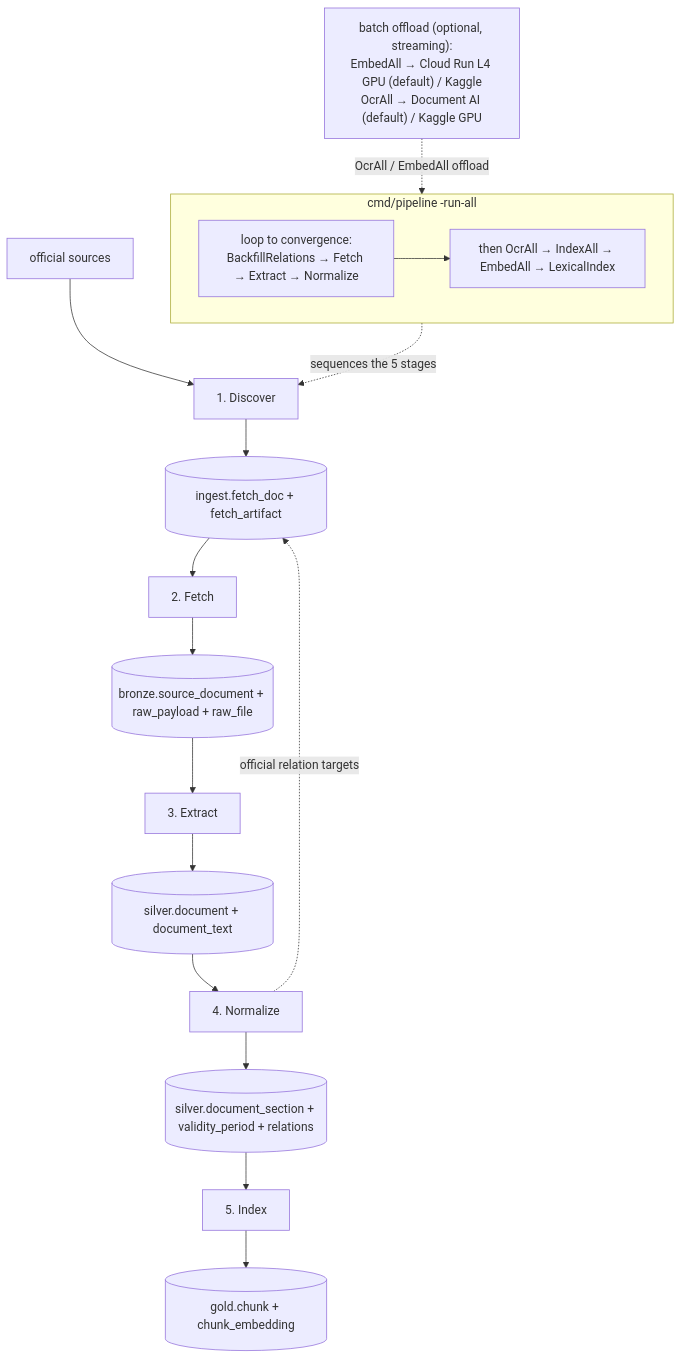
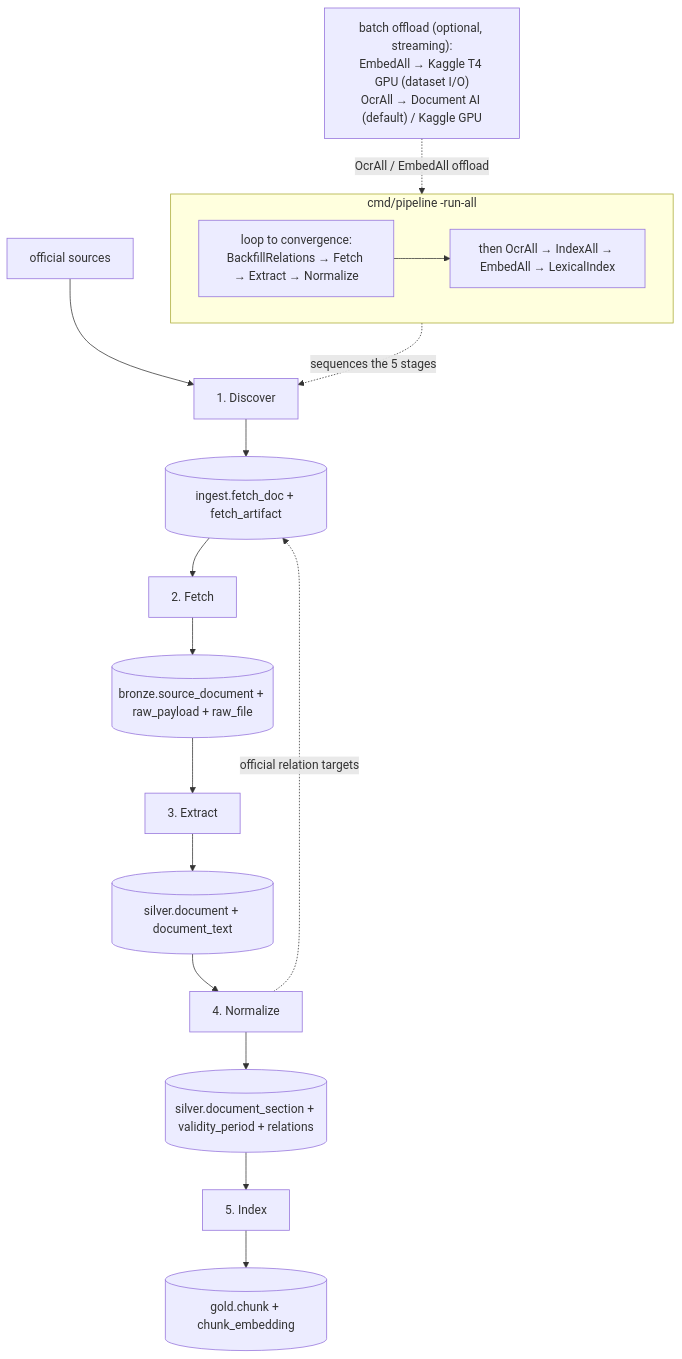
One commit to dannyota/banhmi changed the first of 2 diagrams in docs/design/PIPELINE.md. Above: the diagram before and after it, drawn with Mermaid. The commit also changed other lines of this file and 7 other files, not shown here.

````diff
--- a/docs/design/PIPELINE.md
+++ b/docs/design/PIPELINE.md
@@ -41,23 +41,23 @@
 ```mermaid
 flowchart TB
   SRC["official sources"] --> DISCOVER["1. Discover"]
   DISCOVER --> LEDGER[("ingest.fetch_doc + fetch_artifact")]
   LEDGER --> FETCH["2. Fetch"]
   FETCH --> BRONZE[("bronze.source_document + raw_payload + raw_file")]
   BRONZE --> EXTRACT["3. Extract"]
   EXTRACT --> TEXT[("silver.document + document_text")]
   TEXT --> NORMALIZE["4. Normalize"]
   NORMALIZE --> SECTIONS[("silver.document_section + validity_period + relations")]
   NORMALIZE -. "official relation targets" .-> LEDGER
   SECTIONS --> INDEX["5. Index"]
   INDEX --> GOLD[("gold.chunk + chunk_embedding")]
 
   subgraph RUNALL["cmd/pipeline -run-all"]
     direction LR
     LOOP["loop to convergence:<br/>BackfillRelations → Fetch → Extract → Normalize"]
     TAIL["then OcrAll → IndexAll → EmbedAll → LexicalIndex"]
     LOOP --> TAIL
   end
   RUNALL -. "sequences the 5 stages" .-> DISCOVER
-  OFFLOAD["batch offload (optional, streaming):<br/>EmbedAll → Cloud Run L4 GPU (default) / Kaggle<br/>OcrAll → Document AI (default) / Kaggle GPU"] -. "OcrAll / EmbedAll offload" .-> TAIL
+  OFFLOAD["batch offload (optional, streaming):<br/>EmbedAll → Kaggle T4 GPU (dataset I/O)<br/>OcrAll → Document AI (default) / Kaggle GPU"] -. "OcrAll / EmbedAll offload" .-> TAIL
 ```
````
